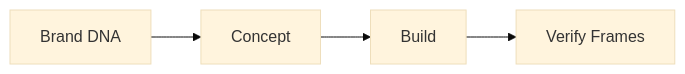
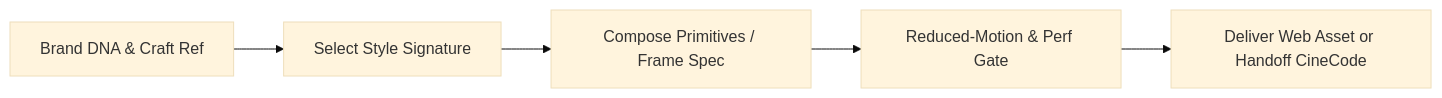
One commit to giriedu/maxilun changed the first of 2 diagrams in skills/maxilun-motion/SKILL.md. Above: the diagram before and after it, drawn with Mermaid (base theme). The commit also changed other lines of this file and 46 other files, not shown here.

````diff
--- a/skills/maxilun-motion/SKILL.md
+++ b/skills/maxilun-motion/SKILL.md
@@ -63,6 +69,7 @@
 ```mermaid
 flowchart LR
-    A[Brand DNA] --> B[Concept]
-    B --> C[Build]
-    C --> D[Verify Frames]
+    A[Brand DNA & Craft Ref] --> B[Select Style Signature]
+    B --> C[Compose Primitives / Frame Spec]
+    C --> D[Reduced-Motion & Perf Gate]
+    D --> E[Deliver Web Asset or Handoff CineCode]
 ```
````
